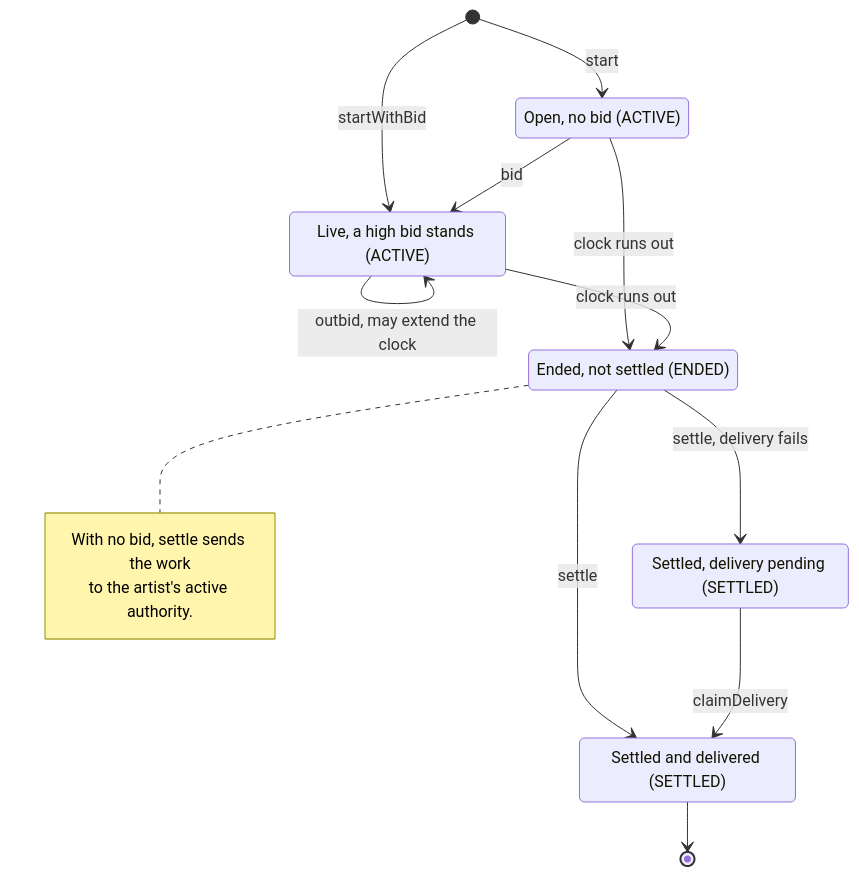
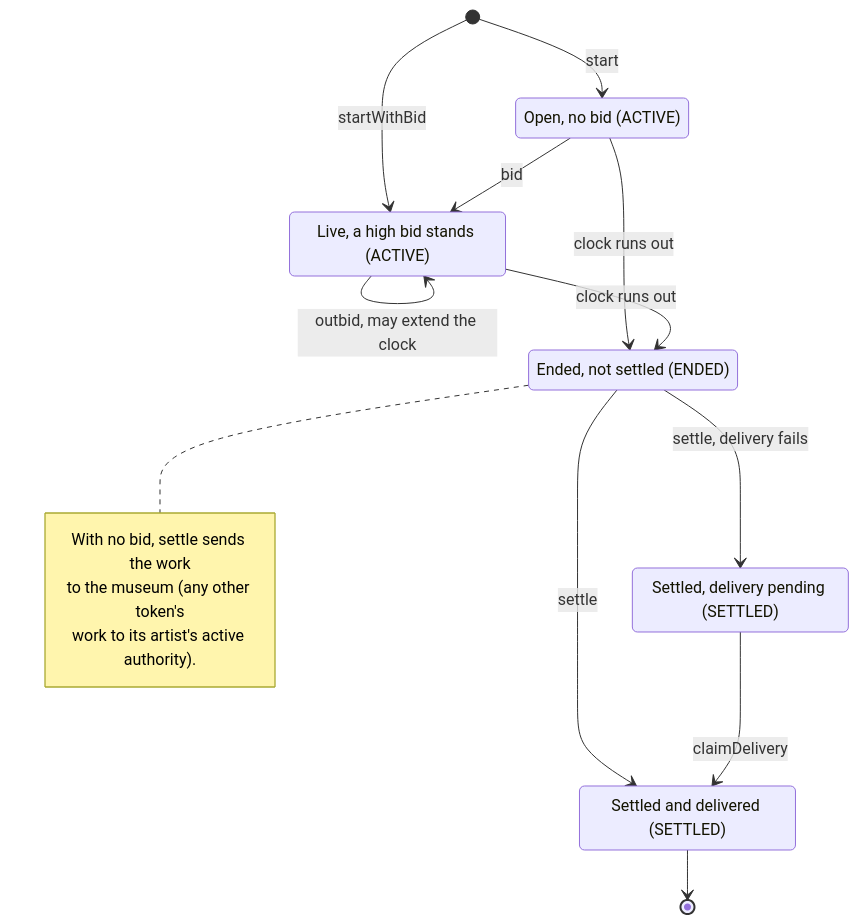
The second of 11 diagrams in docs/spec/stream-and-auctions.md (6529-Collections/6529-works), drawn with Mermaid before and after one commit. The commit also changed other lines of this file and 55 other files, not shown here.

````diff
--- a/docs/spec/stream-and-auctions.md
+++ b/docs/spec/stream-and-auctions.md
@@ -128,22 +137,23 @@
 ```mermaid
 stateDiagram-v2
     state "Open, no bid (ACTIVE)" as Open
     state "Live, a high bid stands (ACTIVE)" as Live
     state "Ended, not settled (ENDED)" as Ended
     state "Settled and delivered (SETTLED)" as Delivered
     state "Settled, delivery pending (SETTLED)" as Pending
     [*] --> Open : start
     [*] --> Live : startWithBid
     Open --> Live : bid
     Live --> Live : outbid, may extend the clock
     Open --> Ended : clock runs out
     Live --> Ended : clock runs out
     Ended --> Delivered : settle
     Ended --> Pending : settle, delivery fails
     Pending --> Delivered : claimDelivery
     Delivered --> [*]
     note right of Ended
         With no bid, settle sends the work
-        to the artist's active authority.
+        to the museum (any other token's
+        work to its artist's active authority).
     end note
 ```
````
